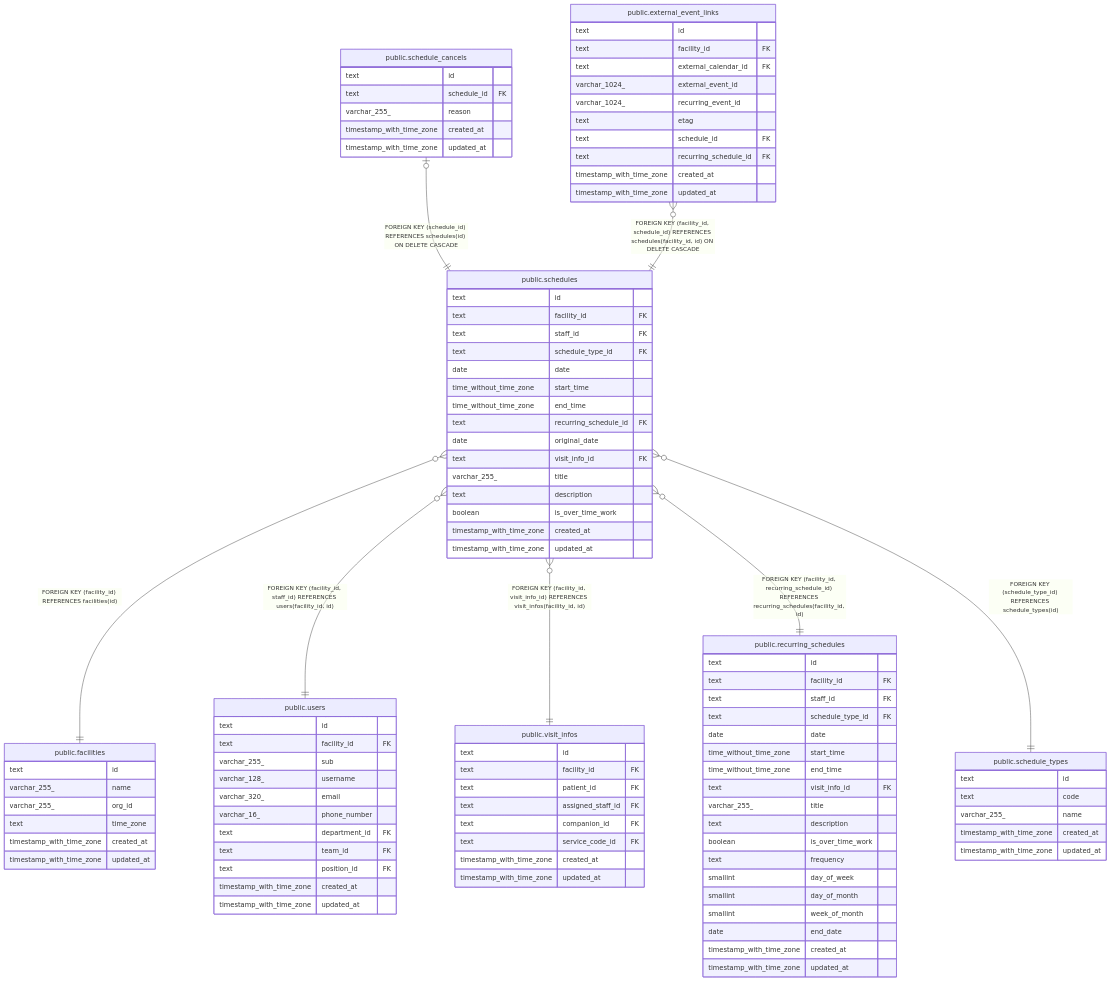
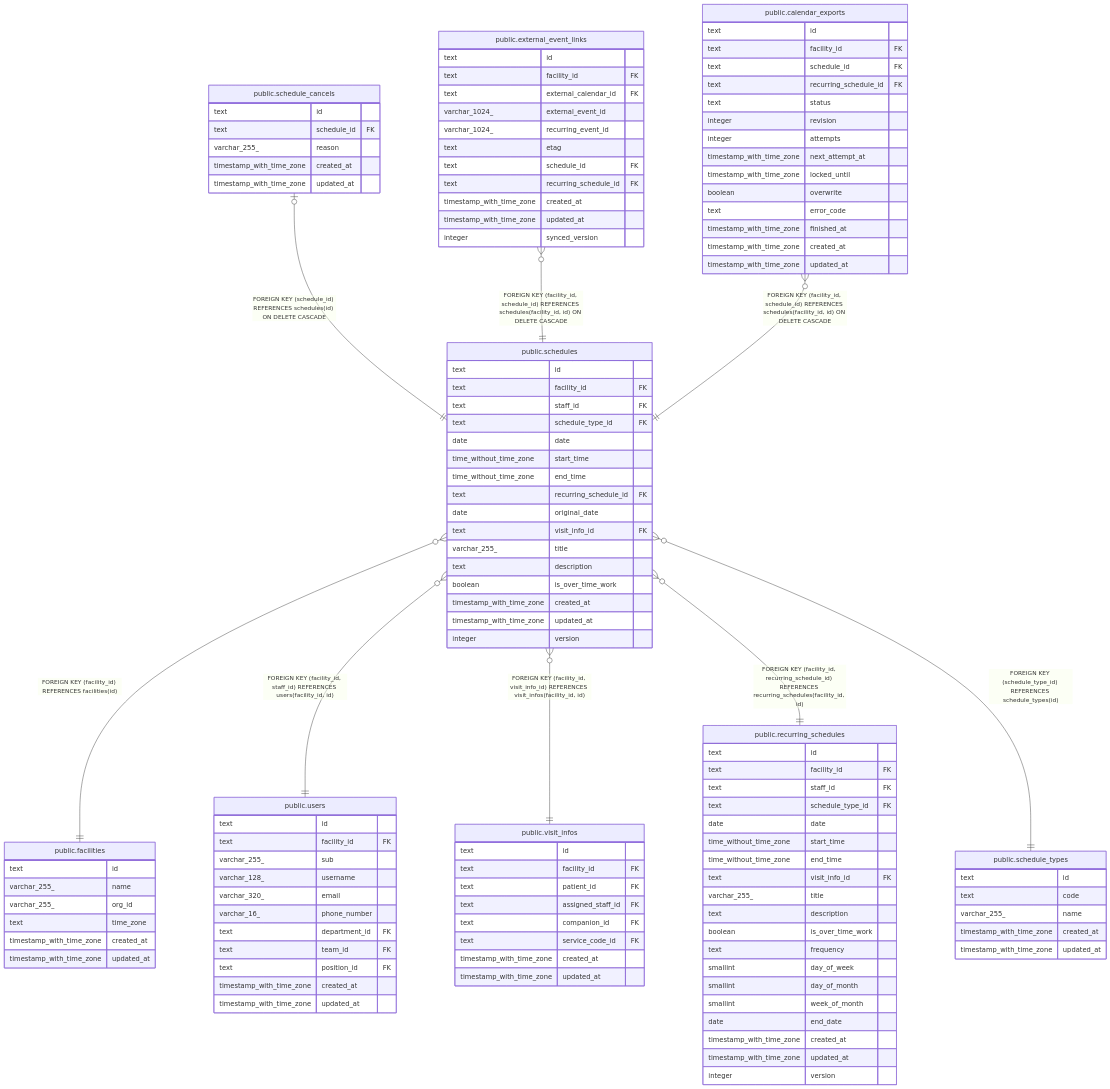
Before and after one commit to Fukuemon/buddy: the diagram in docs/db/schedule-api/public.schedules.md, drawn with Mermaid. The commit also changed other lines of this file and 68 other files, not shown here.

```diff
--- a/docs/db/schedule-api/public.schedules.md
+++ b/docs/db/schedule-api/public.schedules.md
@@ -83,6 +86,7 @@
 
 "public.schedule_cancels" |o--|| "public.schedules" : "FOREIGN KEY (schedule_id) REFERENCES schedules(id) ON DELETE CASCADE"
 "public.external_event_links" }o--|| "public.schedules" : "FOREIGN KEY (facility_id, schedule_id) REFERENCES schedules(facility_id, id) ON DELETE CASCADE"
+"public.calendar_exports" }o--|| "public.schedules" : "FOREIGN KEY (facility_id, schedule_id) REFERENCES schedules(facility_id, id) ON DELETE CASCADE"
 "public.schedules" }o--|| "public.facilities" : "FOREIGN KEY (facility_id) REFERENCES facilities(id)"
 "public.schedules" }o--|| "public.users" : "FOREIGN KEY (facility_id, staff_id) REFERENCES users(facility_id, id)"
 "public.schedules" }o--|| "public.visit_infos" : "FOREIGN KEY (facility_id, visit_info_id) REFERENCES visit_infos(facility_id, id)"
@@ -105,6 +109,7 @@
   boolean is_over_time_work
   timestamp_with_time_zone created_at
   timestamp_with_time_zone updated_at
+  integer version
 }
 "public.schedule_cancels" {
   text id
@@ -122,6 +127,23 @@
   text etag
   text schedule_id FK
   text recurring_schedule_id FK
+  timestamp_with_time_zone created_at
+  timestamp_with_time_zone updated_at
+  integer synced_version
+}
+"public.calendar_exports" {
+  text id
+  text facility_id FK
+  text schedule_id FK
+  text recurring_schedule_id FK
+  text status
+  integer revision
+  integer attempts
+  timestamp_with_time_zone next_attempt_at
+  timestamp_with_time_zone locked_until
+  boolean overwrite
+  text error_code
+  timestamp_with_time_zone finished_at
   timestamp_with_time_zone created_at
   timestamp_with_time_zone updated_at
 }
@@ -175,6 +197,7 @@
   date end_date
   timestamp_with_time_zone created_at
   timestamp_with_time_zone updated_at
+  integer version
 }
 "public.schedule_types" {
   text id
```
